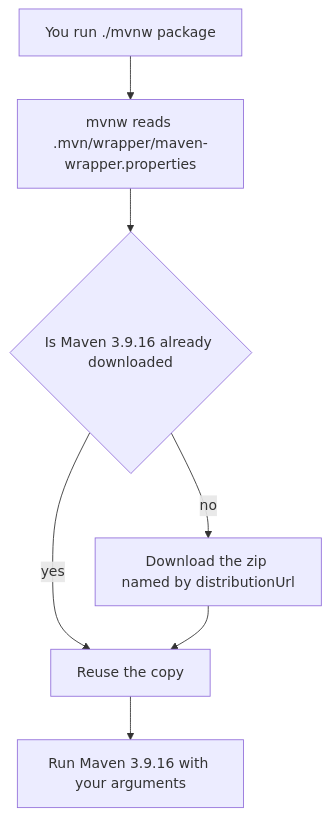
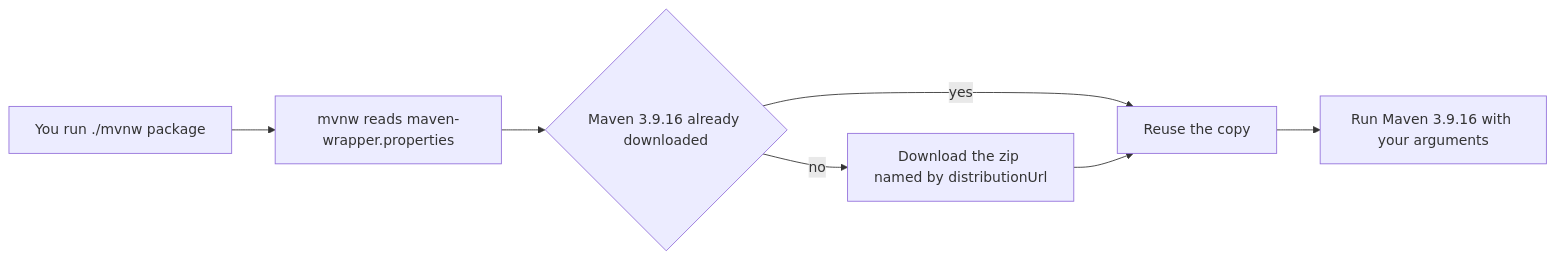
Before and after one commit to Sriram-Codes-SW/secure-doc-viewer: the first of 2 diagrams in book/part-1-foundations/06-maven-and-project-layout.md, drawn with Mermaid. The commit also changed other lines of this file and 59 other files, not shown here.

Commit message:
Book: round 2 fixes (Ch 40/41 trim and Figure 41.5, wide diagrams, glossary bolding, star labels, EPUB metadata, contrast theme)

````diff
--- a/book/part-1-foundations/06-maven-and-project-layout.md
+++ b/book/part-1-foundations/06-maven-and-project-layout.md
@@ -281,9 +281,9 @@
 ```mermaid
-flowchart TB
-    A["You run ./mvnw package"] --> B["mvnw reads .mvn/wrapper/maven-wrapper.properties"]
-    B --> C{"Is Maven 3.9.16 already downloaded"}
+flowchart LR
+    A["You run ./mvnw package"] --> B["mvnw reads maven-wrapper.properties"]
+    B --> C{"Maven 3.9.16 already downloaded"}
     C -->|"no"| D["Download the zip named by distributionUrl"]
     C -->|"yes"| E["Reuse the copy"]
     D --> E
     E --> F["Run Maven 3.9.16 with your arguments"]
 ```
````
